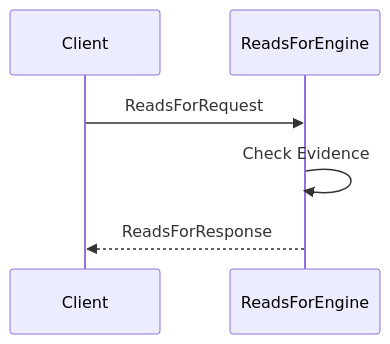
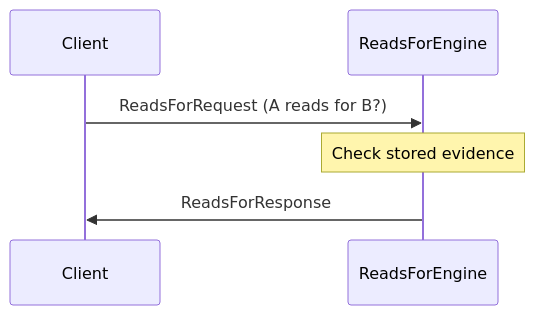
Before and after one commit to anoma/nspec: the second of 3 diagrams in docs/node_architecture/engines/reads_for_overview.juvix.md, drawn with Mermaid. The commit also changed other lines of this file and 9 other files, not shown here.

Commit message:
Clearn up sequence diagrams

````diff
--- a/docs/node_architecture/engines/reads_for_overview.juvix.md
+++ b/docs/node_architecture/engines/reads_for_overview.juvix.md
@@ -156,9 +177,9 @@
 ```mermaid
 sequenceDiagram
     participant Client
     participant ReadsForEngine
 
-    Client ->> ReadsForEngine: ReadsForRequest
-    ReadsForEngine ->> ReadsForEngine: Check Evidence
-    ReadsForEngine -->> Client: ReadsForResponse
+    Client->>ReadsForEngine: ReadsForRequest (A reads for B?)
+    Note over ReadsForEngine: Check stored evidence
+    ReadsForEngine->>Client: ReadsForResponse
 ```
````
